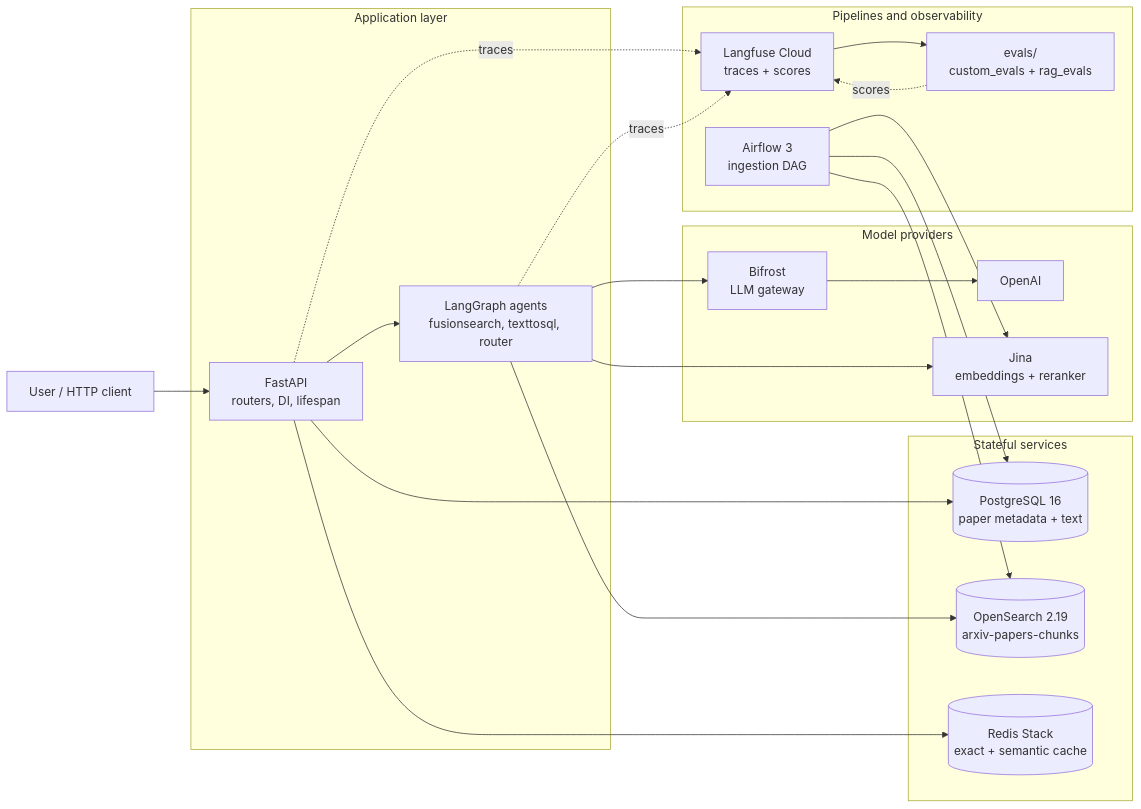
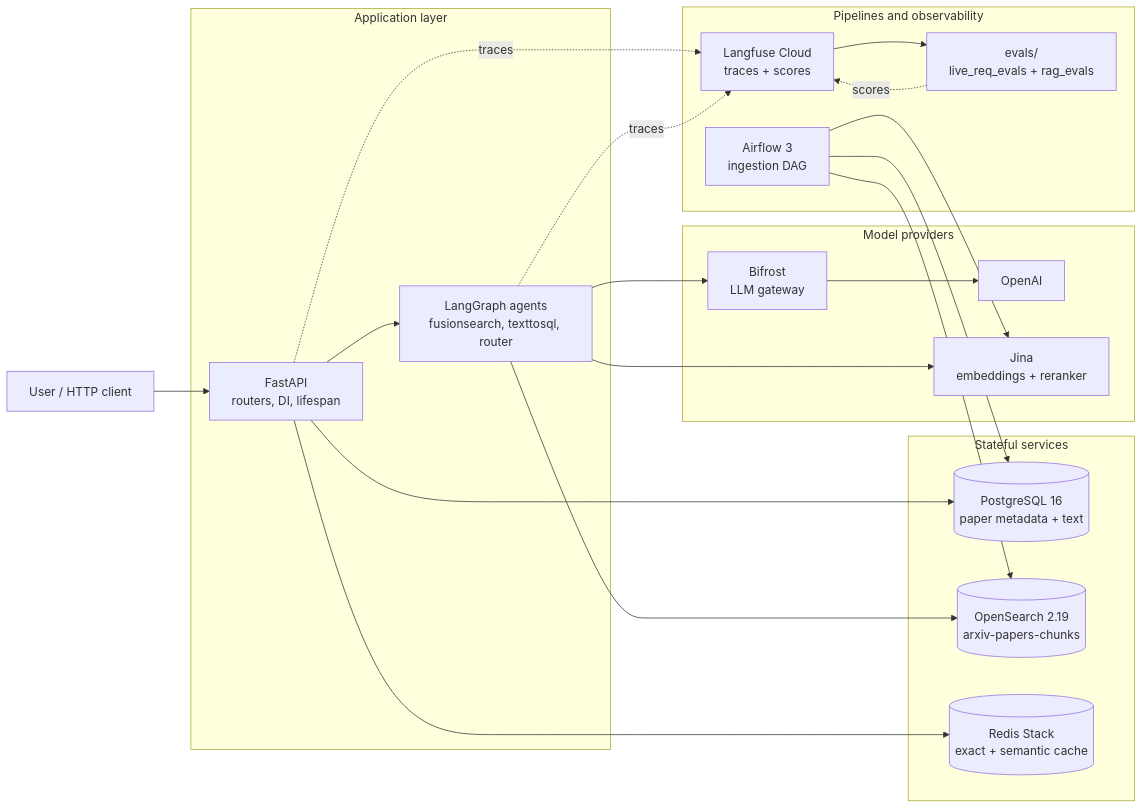
One commit to apssouza22/production-rag changed the first of 12 diagrams in docs/ARTICLE.md. Above: the diagram before and after it, drawn with Mermaid. The commit also changed other lines of this file and 24 other files, not shown here.

Commit message:
rename folder from custom_evals to live_req_evals

````diff
--- a/docs/ARTICLE.md
+++ b/docs/ARTICLE.md
@@ -35,42 +35,42 @@
 ```mermaid
 flowchart LR
     U["User / HTTP client"] --> API
 
     subgraph app["Application layer"]
         API["FastAPI<br/>routers, DI, lifespan"]
         AG["LangGraph agents<br/>fusionsearch, texttosql, router"]
     end
 
     subgraph data["Stateful services"]
         PG[("PostgreSQL 16<br/>paper metadata + text")]
         OS[("OpenSearch 2.19<br/>arxiv-papers-chunks")]
         RD[("Redis Stack<br/>exact + semantic cache")]
     end
 
     subgraph models["Model providers"]
         BF["Bifrost<br/>LLM gateway"]
         OA["OpenAI"]
         JI["Jina<br/>embeddings + reranker"]
     end
 
     subgraph ops["Pipelines and observability"]
         AF["Airflow 3<br/>ingestion DAG"]
         LF["Langfuse Cloud<br/>traces + scores"]
-        EV["evals/<br/>custom_evals + rag_evals"]
+        EV["evals/<br/>live_req_evals + rag_evals"]
     end
 
     API --> AG
     API --> RD
     API --> PG
     AG --> OS
     AG --> BF
     AG --> JI
     BF --> OA
     AF --> PG
     AF --> OS
     AF --> JI
     API -.->|"traces"| LF
     AG -.->|"traces"| LF
     LF --> EV
     EV -.->|"scores"| LF
 ```
````
